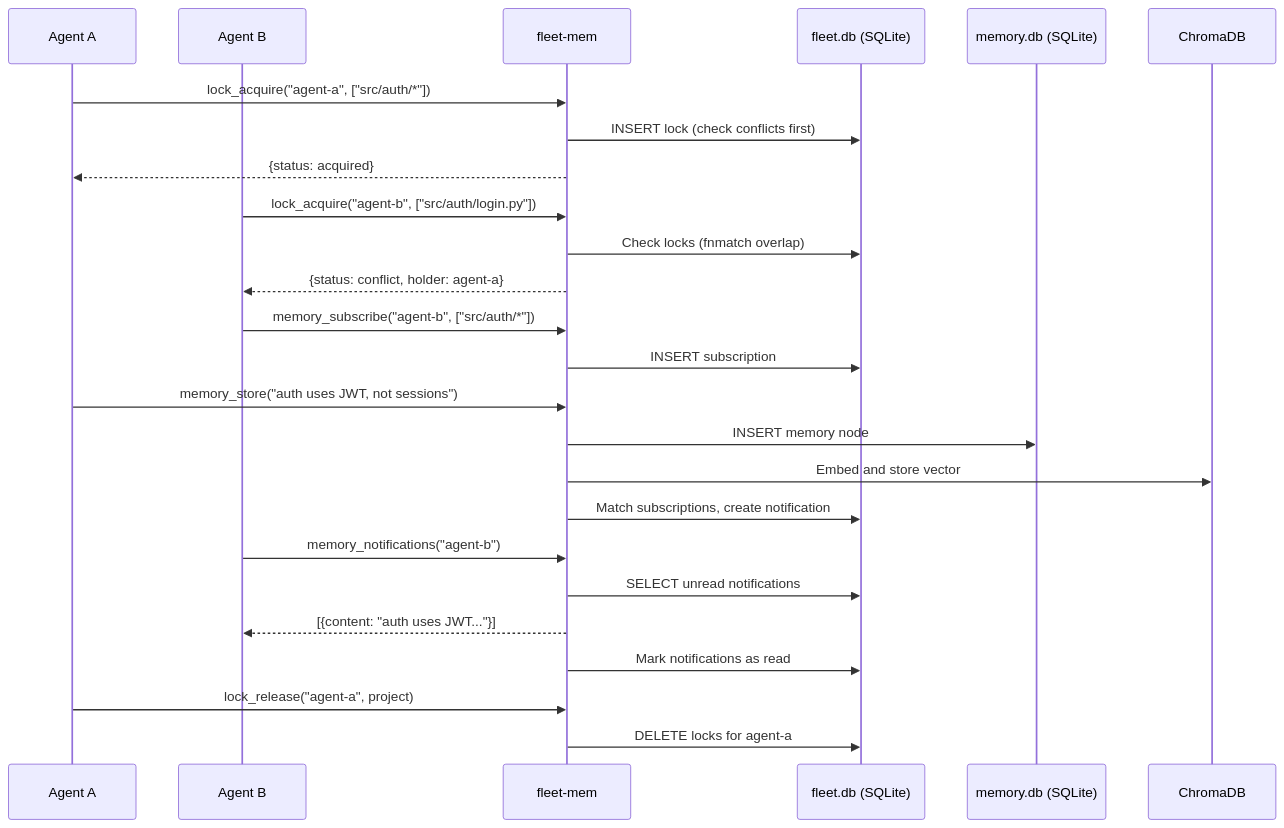
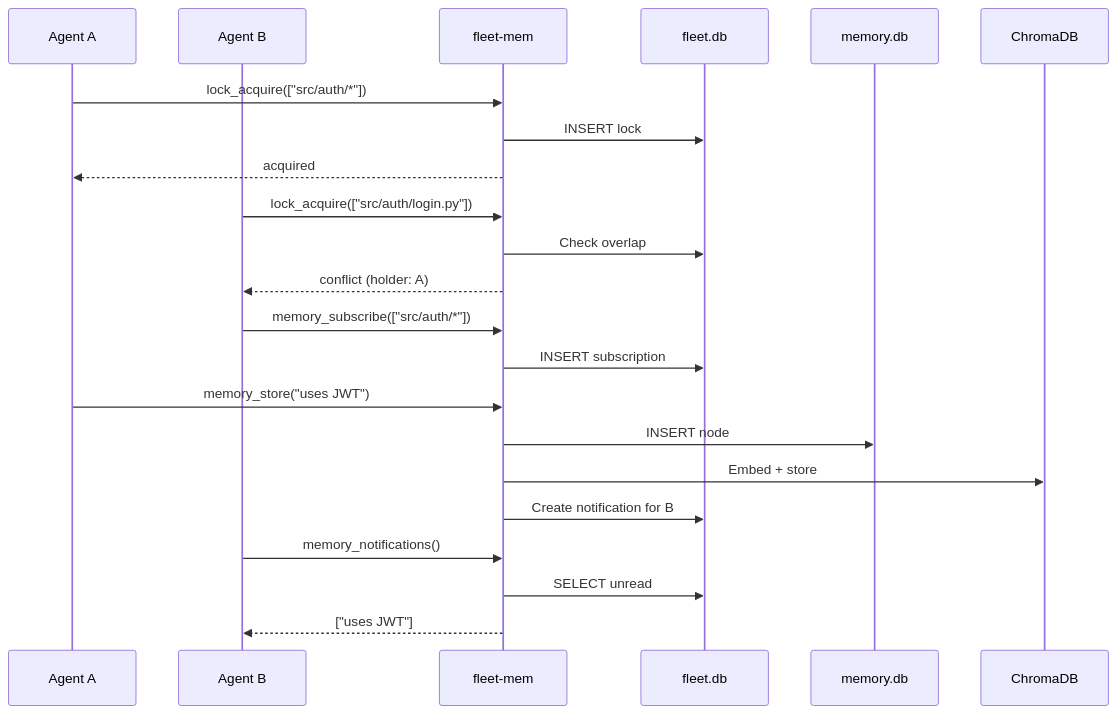
Before and after one commit to sam-ent/fleet-mem: the fifth of 6 diagrams in README.md, drawn with Mermaid. The commit also changed other lines of this file, not shown here.

Commit message:
docs: fix process flows - remove details blocks, promote to h2, simplify

````diff
--- a/README.md
+++ b/README.md
@@ -211,33 +184,29 @@
 ```mermaid
 sequenceDiagram
     participant A as Agent A
     participant B as Agent B
     participant FM as fleet-mem
-    participant F as fleet.db (SQLite)
-    participant M as memory.db (SQLite)
+    participant F as fleet.db
+    participant M as memory.db
     participant C as ChromaDB
 
-    A->>FM: lock_acquire("agent-a", ["src/auth/*"])
-    FM->>F: INSERT lock (check conflicts first)
-    FM-->>A: {status: acquired}
+    A->>FM: lock_acquire(["src/auth/*"])
+    FM->>F: INSERT lock
+    FM-->>A: acquired
 
-    B->>FM: lock_acquire("agent-b", ["src/auth/login.py"])
-    FM->>F: Check locks (fnmatch overlap)
-    FM-->>B: {status: conflict, holder: agent-a}
+    B->>FM: lock_acquire(["src/auth/login.py"])
+    FM->>F: Check overlap
+    FM-->>B: conflict (holder: A)
 
-    B->>FM: memory_subscribe("agent-b", ["src/auth/*"])
+    B->>FM: memory_subscribe(["src/auth/*"])
     FM->>F: INSERT subscription
 
-    A->>FM: memory_store("auth uses JWT, not sessions")
-    FM->>M: INSERT memory node
-    FM->>C: Embed and store vector
-    FM->>F: Match subscriptions, create notification
+    A->>FM: memory_store("uses JWT")
+    FM->>M: INSERT node
+    FM->>C: Embed + store
+    FM->>F: Create notification for B
 
-    B->>FM: memory_notifications("agent-b")
-    FM->>F: SELECT unread notifications
-    FM-->>B: [{content: "auth uses JWT..."}]
-    FM->>F: Mark notifications as read
-
-    A->>FM: lock_release("agent-a", project)
-    FM->>F: DELETE locks for agent-a
+    B->>FM: memory_notifications()
+    FM->>F: SELECT unread
+    FM-->>B: ["uses JWT"]
 ```
````
